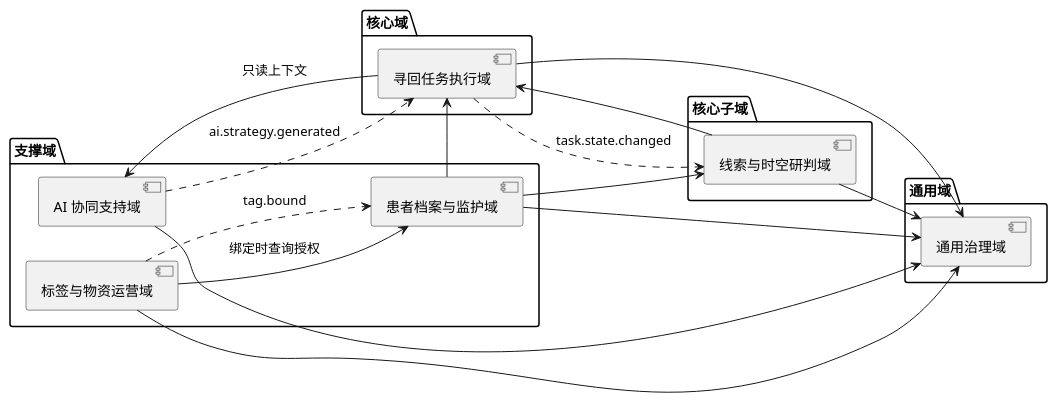
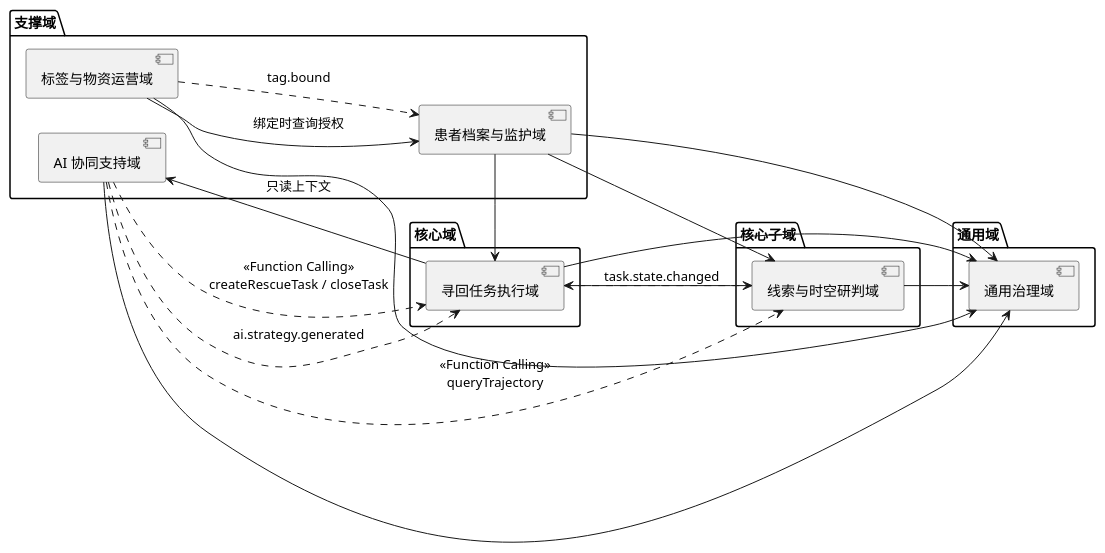
The second of 4 diagrams in SADD_from_SRS_simplify.md (XiaoheRepo/document-for-Alzheimer-Guard-System), drawn with PlantUML before and after one commit. The commit also changed other lines of this file and 6 other files, not shown here.

````diff
--- a/SADD_from_SRS_simplify.md
+++ b/SADD_from_SRS_simplify.md
@@ -146,38 +146,40 @@
 ```plantuml
 @startuml
 left to right direction
 
 package 核心域 {
   [寻回任务执行域] as TASK
 }
 
 package 核心子域 {
   [线索与时空研判域] as CLUE
 }
 
 package 支撑域 {
   [患者档案与监护域] as PROFILE
   [标签与物资运营域] as MAT
   [AI 协同支持域] as AI
 }
 
 package 通用域 {
   [通用治理域] as GOV
 }
 
 PROFILE --> TASK
 PROFILE --> CLUE
 CLUE --> TASK
 TASK ..> CLUE : task.state.changed
 TASK --> AI : 只读上下文
+AI ..> TASK : «Function Calling»\ncreateRescueTask / closeTask
+AI ..> CLUE : «Function Calling»\nqueryTrajectory
 AI ..> TASK : ai.strategy.generated
 MAT --> PROFILE : 绑定时查询授权
 MAT ..> PROFILE : tag.bound
 
 AI --> GOV
 CLUE --> GOV
 TASK --> GOV
 MAT --> GOV
 PROFILE --> GOV
 @enduml
 ```
````
